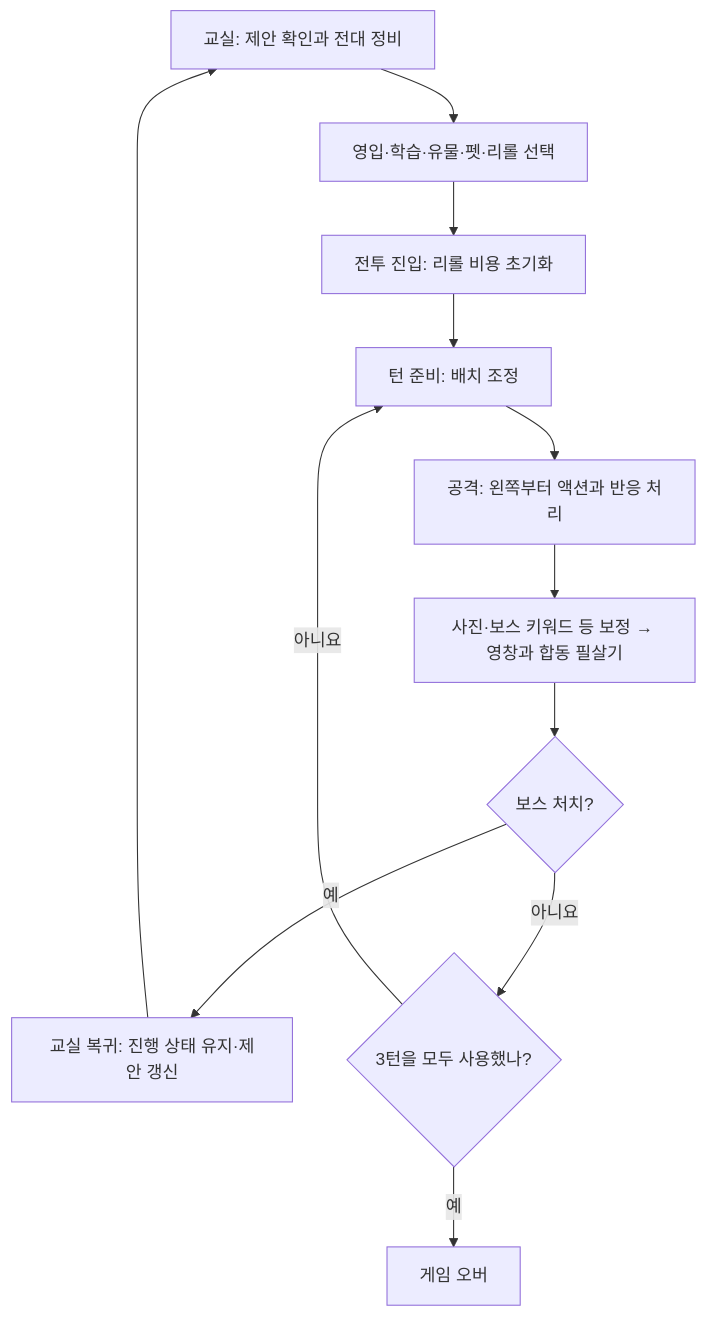
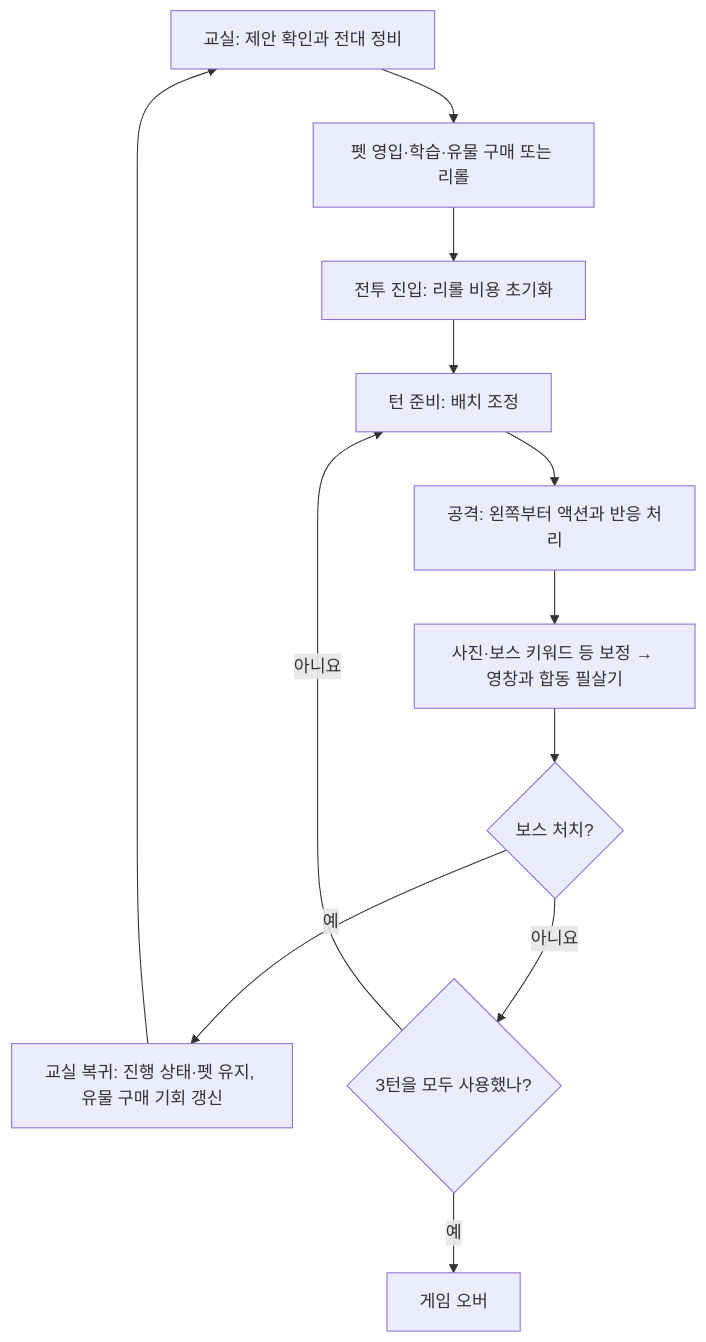
The diagram in Docs/홍익인간/Game Overview and Deck Examples.md (VOXFISH/HongikIngan), drawn with Mermaid before and after one commit. The commit also changed other lines of this file and 20 other files, not shown here.

````diff
--- a/Docs/홍익인간/Game Overview and Deck Examples.md
+++ b/Docs/홍익인간/Game Overview and Deck Examples.md
@@ -15,14 +15,14 @@
 ```mermaid
 flowchart TD
-    A[교실: 제안 확인과 전대 정비] --> B[영입·학습·유물·펫·리롤 선택]
+    A[교실: 제안 확인과 전대 정비] --> B[펫 영입·학습·유물 구매 또는 리롤]
     B --> C[전투 진입: 리롤 비용 초기화]
     C --> D[턴 준비: 배치 조정]
     D --> E[공격: 왼쪽부터 액션과 반응 처리]
     E --> F[사진·보스 키워드 등 보정 → 영창과 합동 필살기]
     F --> G{보스 처치?}
-    G -->|예| H[교실 복귀: 진행 상태 유지·제안 갱신]
+    G -->|예| H[교실 복귀: 진행 상태·펫 유지, 유물 구매 기회 갱신]
     H --> A
     G -->|아니요| I{3턴을 모두 사용했나?}
     I -->|아니요| D
     I -->|예| J[게임 오버]
 ```
````
